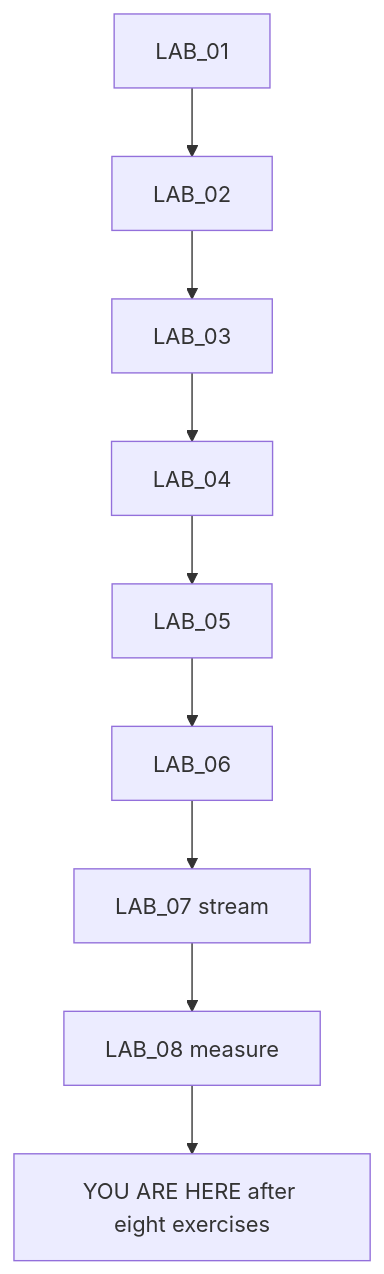
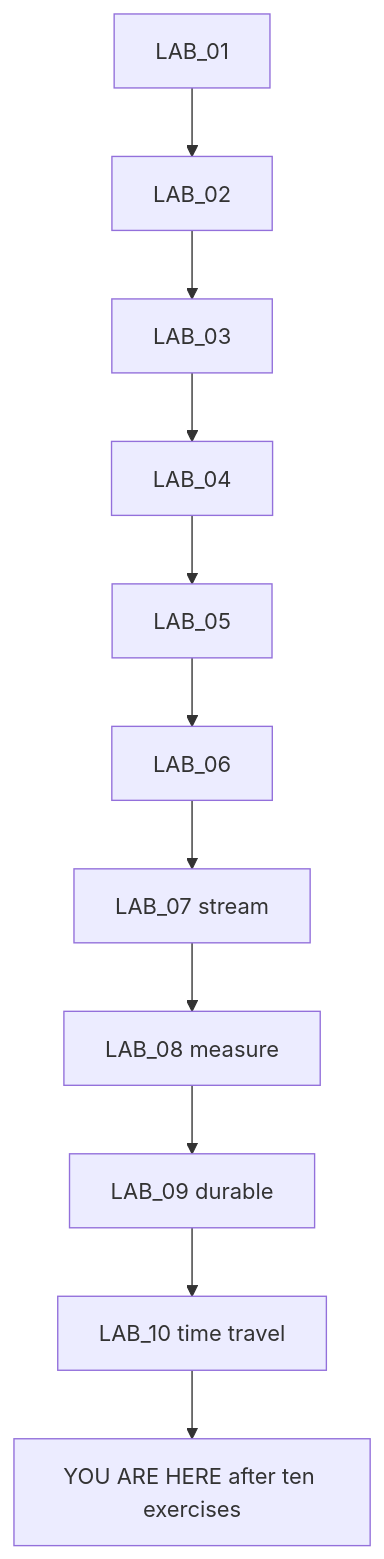
The first of 12 diagrams in EXPERIMENTS/LANGGRAPH_WINGS4_LAB/LEARNING.ROADMAP.md (PSM44/wings4.0), drawn with Mermaid before and after one commit. The commit also changed other lines of this file and 12 other files, not shown here.

Commit message:
20260821.Wings4 Extend isolated LangGraph lab with durable sqlite and time travel

````diff
--- a/EXPERIMENTS/LANGGRAPH_WINGS4_LAB/LEARNING.ROADMAP.md
+++ b/EXPERIMENTS/LANGGRAPH_WINGS4_LAB/LEARNING.ROADMAP.md
@@ -47,13 +51,15 @@
 ```mermaid
 flowchart TD
   L1[LAB_01]
   L2[LAB_02]
   L3[LAB_03]
   L4[LAB_04]
   L5[LAB_05]
   L6[LAB_06]
   L7[LAB_07 stream]
   L8[LAB_08 measure]
-  Here[YOU ARE HERE after eight exercises]
-  L1 --> L2 --> L3 --> L4 --> L5 --> L6 --> L7 --> L8 --> Here
+  L9[LAB_09 durable]
+  L10[LAB_10 time travel]
+  Here[YOU ARE HERE after ten exercises]
+  L1 --> L2 --> L3 --> L4 --> L5 --> L6 --> L7 --> L8 --> L9 --> L10 --> Here
 ```
````
